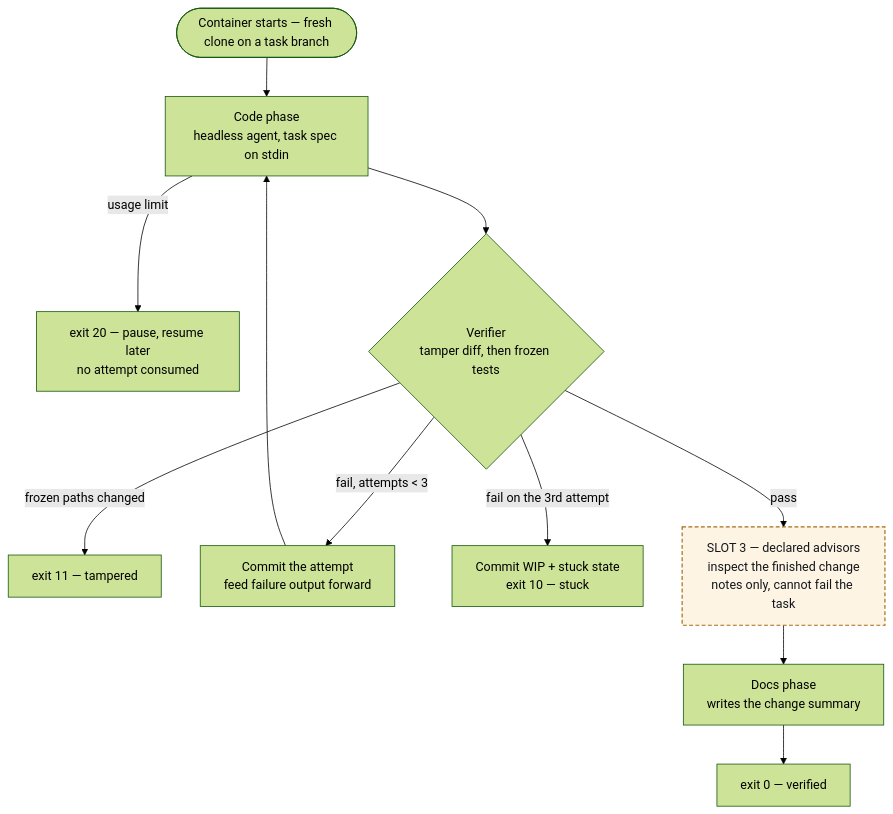
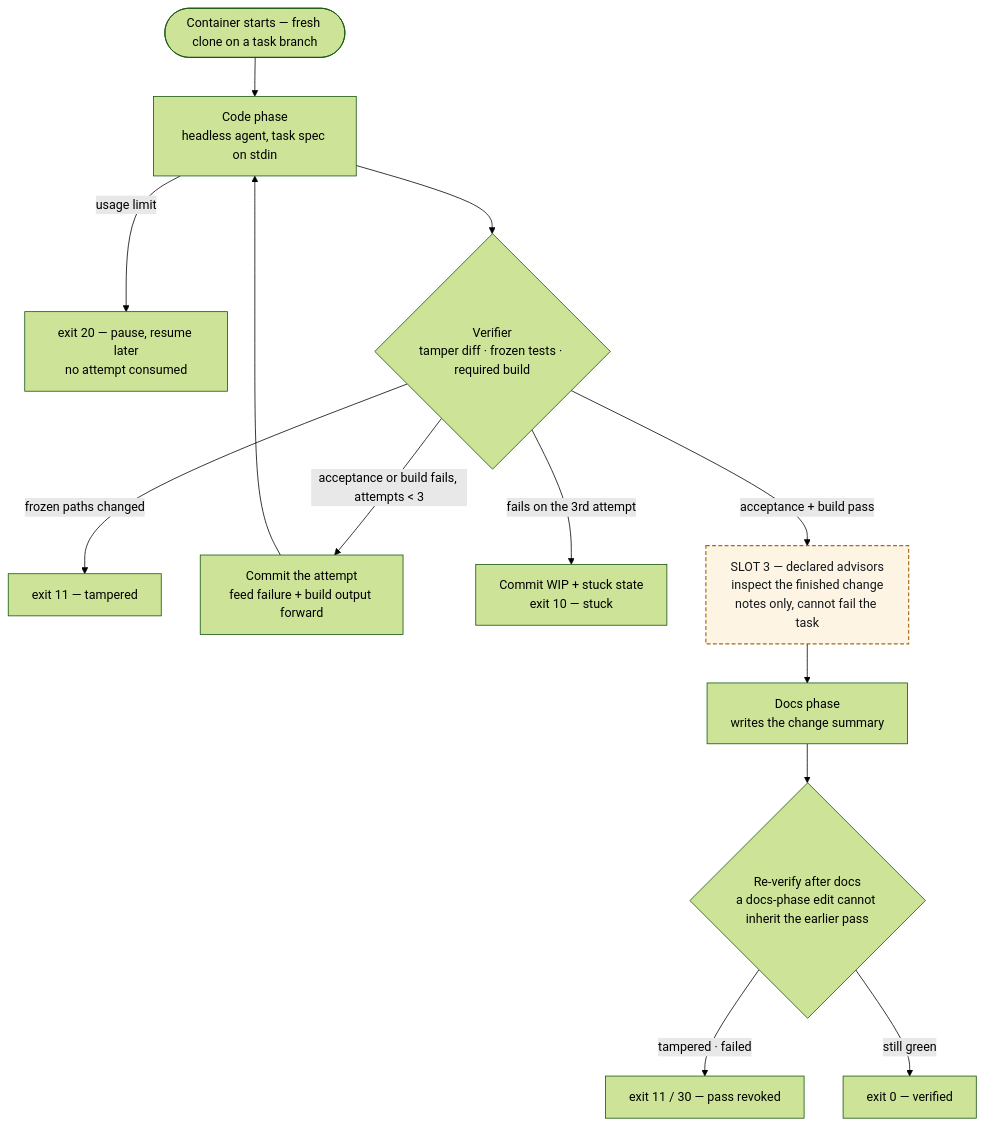
One commit to Chadleewalker/Multi-AgentPipelines changed the second of 5 diagrams in docs/pipeline-diagram.md. Above: the diagram before and after it, drawn with Mermaid (forest theme). The commit also changed other lines of this file and 8 other files, not shown here.

Commit message:
Task repo-cl10: implementation (verified on attempt 1)

````diff
--- a/docs/pipeline-diagram.md
+++ b/docs/pipeline-diagram.md
@@ -60,16 +60,18 @@
 ```mermaid
 flowchart TB
   S(["Container starts — fresh clone on a task branch"]) --> C1["Code phase<br/>headless agent, task spec on stdin"]
   C1 -->|"usage limit"| RL["exit 20 — pause, resume later<br/>no attempt consumed"]
-  C1 --> V{"Verifier<br/>tamper diff, then frozen tests"}
+  C1 --> V{"Verifier<br/>tamper diff · frozen tests · required build"}
   V -->|"frozen paths changed"| TA["exit 11 — tampered"]
-  V -->|"fail, attempts &lt; 3"| FB["Commit the attempt<br/>feed failure output forward"]
+  V -->|"acceptance or build fails, attempts &lt; 3"| FB["Commit the attempt<br/>feed failure + build output forward"]
   FB --> C1
-  V -->|"fail on the 3rd attempt"| ST["Commit WIP + stuck state<br/>exit 10 — stuck"]
-  V -->|"pass"| ADV["SLOT 3 — declared advisors<br/>inspect the finished change<br/>notes only, cannot fail the task"]
+  V -->|"fails on the 3rd attempt"| ST["Commit WIP + stuck state<br/>exit 10 — stuck"]
+  V -->|"acceptance + build pass"| ADV["SLOT 3 — declared advisors<br/>inspect the finished change<br/>notes only, cannot fail the task"]
   ADV --> DP["Docs phase<br/>writes the change summary"]
-  DP --> OK["exit 0 — verified"]
+  DP --> RV{"Re-verify after docs<br/>a docs-phase edit cannot inherit the earlier pass"}
+  RV -->|"tampered · failed"| REVK["exit 11 / 30 — pass revoked"]
+  RV -->|"still green"| OK["exit 0 — verified"]
 
   classDef specialist fill:#fdf4e3,stroke:#a86c17,stroke-width:1.5px,stroke-dasharray:5 3,color:#14181d
   class ADV specialist
 ```
````
